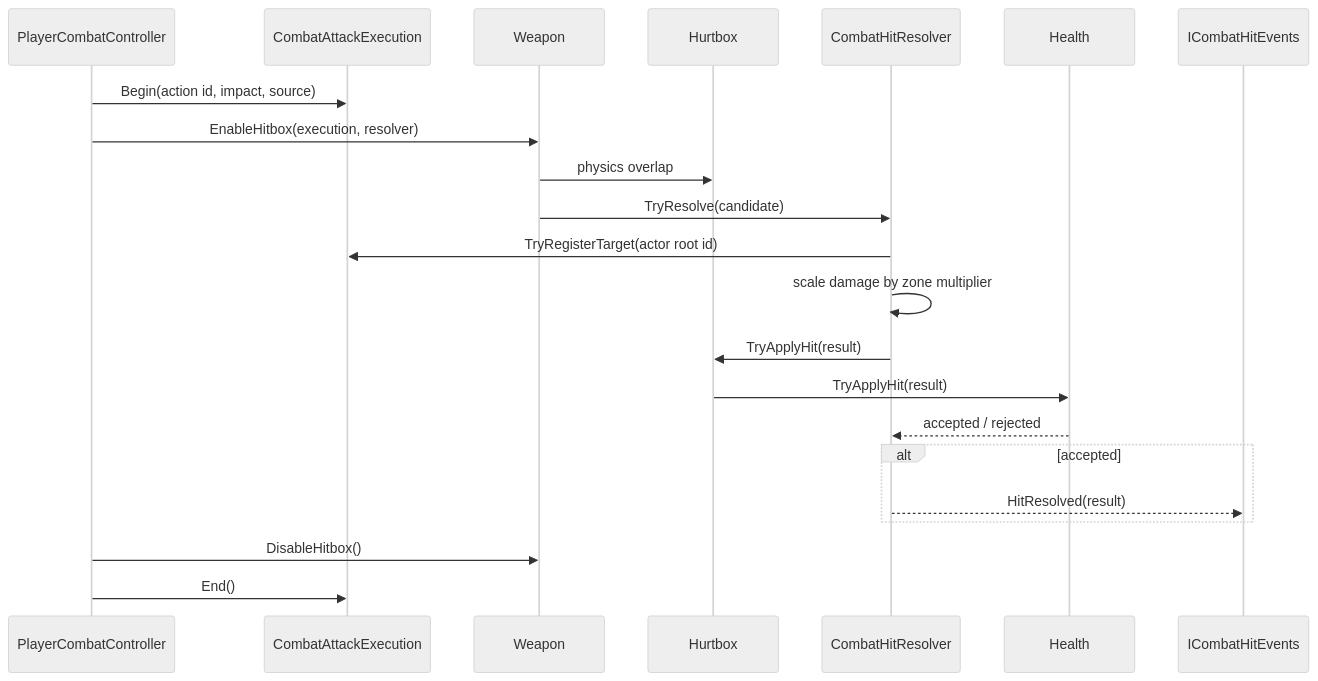
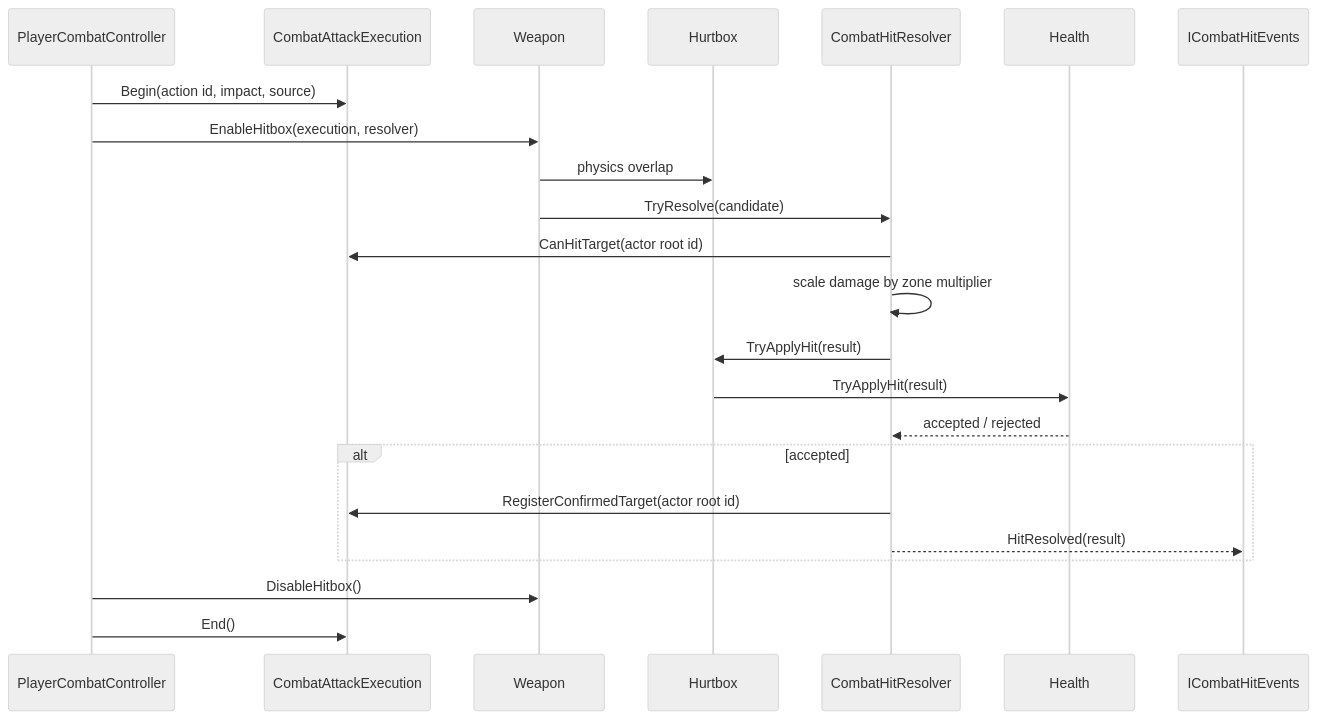
One commit to MaximFonariuc/project-s changed the second of 2 diagrams in Docs/Architecture/Combat.HitResolution.md. Above: the diagram before and after it, drawn with Mermaid (neutral theme). The commit also changed other lines of this file and 18 other files, not shown here.

````diff
--- a/Docs/Architecture/Combat.HitResolution.md
+++ b/Docs/Architecture/Combat.HitResolution.md
@@ -112,25 +113,26 @@
 ```mermaid
 sequenceDiagram
     participant Combat as PlayerCombatController
     participant Execution as CombatAttackExecution
     participant Weapon
     participant Hurtbox
     participant Resolver as CombatHitResolver
     participant Health
     participant Events as ICombatHitEvents
 
     Combat->>Execution: Begin(action id, impact, source)
     Combat->>Weapon: EnableHitbox(execution, resolver)
     Weapon->>Hurtbox: physics overlap
     Weapon->>Resolver: TryResolve(candidate)
-    Resolver->>Execution: TryRegisterTarget(actor root id)
+    Resolver->>Execution: CanHitTarget(actor root id)
     Resolver->>Resolver: scale damage by zone multiplier
     Resolver->>Hurtbox: TryApplyHit(result)
     Hurtbox->>Health: TryApplyHit(result)
     Health-->>Resolver: accepted / rejected
     alt accepted
+        Resolver->>Execution: RegisterConfirmedTarget(actor root id)
         Resolver-->>Events: HitResolved(result)
     end
     Combat->>Weapon: DisableHitbox()
     Combat->>Execution: End()
 ```
````
